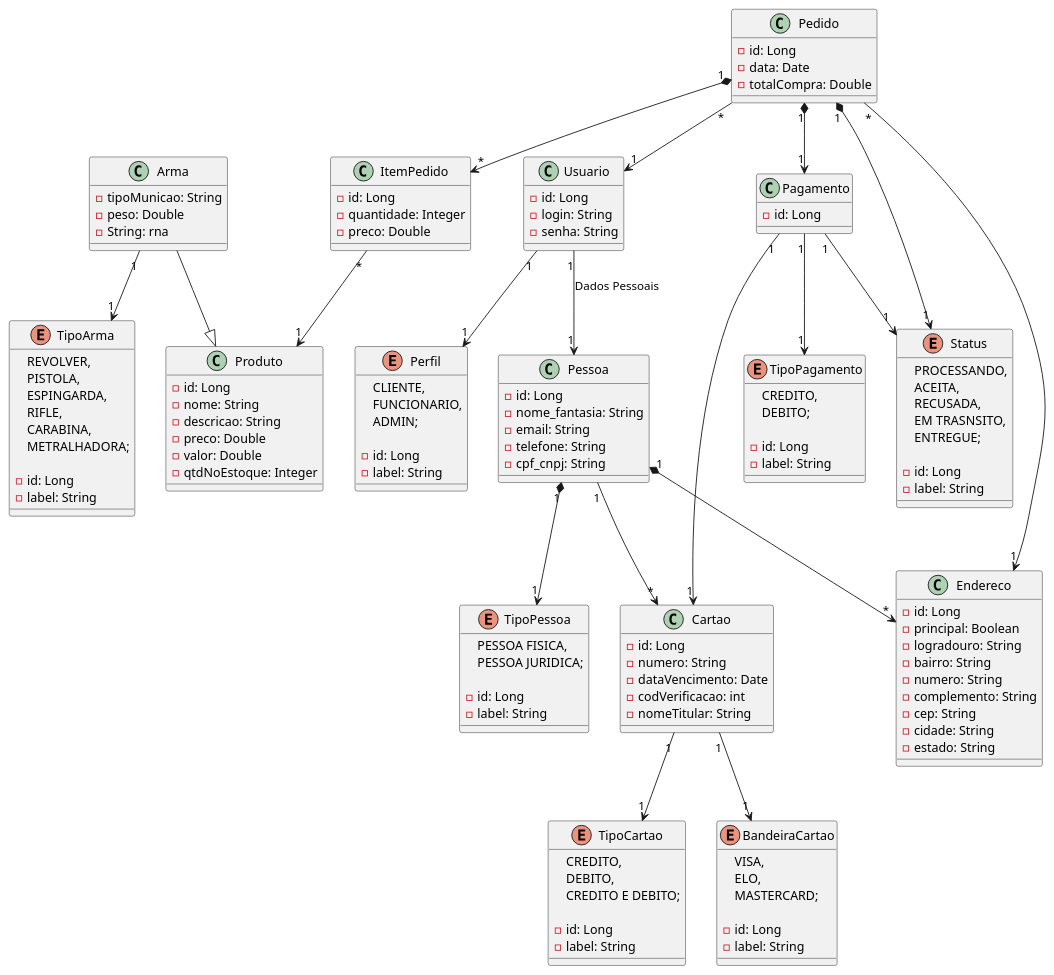
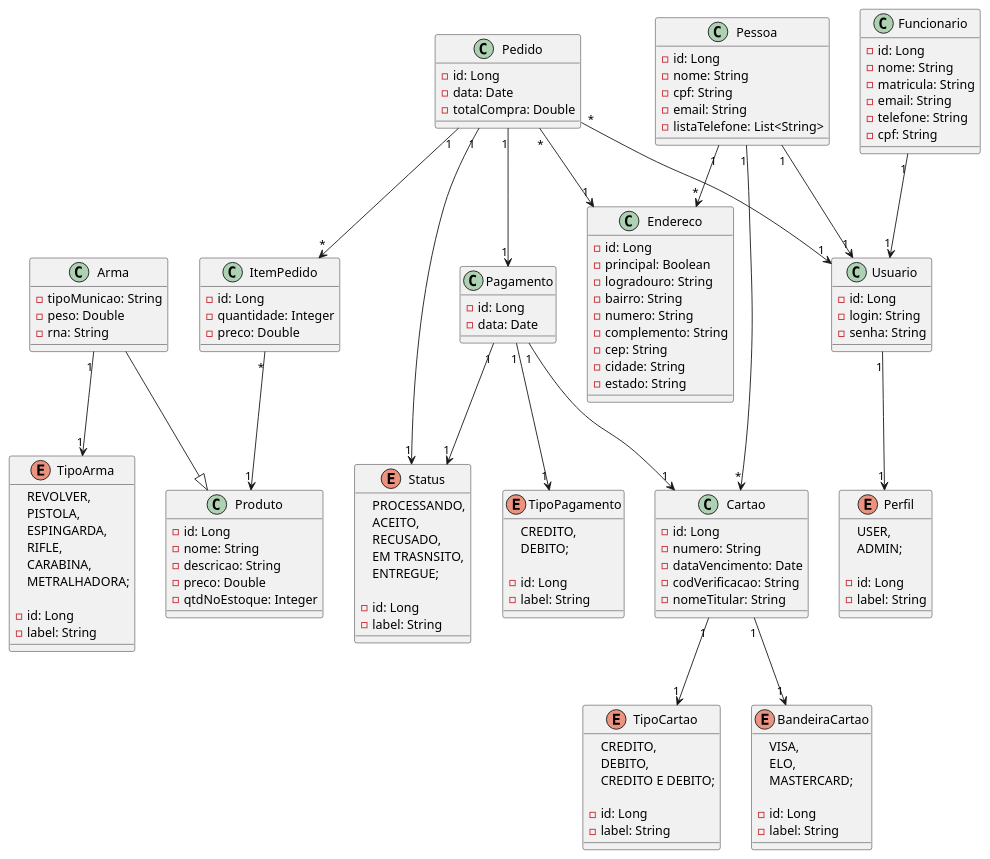
The diagram in src/main/java/unitins/tp1/docs/uml_militropa.plantuml (daniel-ferreira-da-costa/militropa), drawn with PlantUML before and after one commit. The commit also changed 29 other files, not shown here.

```diff
--- a/src/main/java/unitins/tp1/docs/uml_militropa.plantuml
+++ b/src/main/java/unitins/tp1/docs/uml_militropa.plantuml
@@ -1,160 +1,160 @@
 @startuml Tabacaria
 '========Produto========='
 class Produto{
     - id: Long
     - nome: String
     - descricao: String
     - preco: Double
-    - valor: Double
     - qtdNoEstoque: Integer
 }
 
 class Arma{
     - tipoMunicao: String
     - peso: Double
-    - String: rna
+    - rna: String
 }
 
 enum TipoArma{
     REVOLVER,
     PISTOLA,
     ESPINGARDA,
     RIFLE,
     CARABINA,
     METRALHADORA;
 
     - id: Long
     - label: String
 }
 
 '========Usuario========='
 class Usuario{
     - id: Long
     - login: String
     - senha: String
 }
 
 enum Perfil{
-    CLIENTE,
-    FUNCIONARIO, 
+    USER, 
     ADMIN;
 
     - id: Long
     - label: String
 }
 
+class Funcionario{
+    - id: Long
+    - nome: String
+    - matricula: String
+    - email: String
+    - telefone: String
+    - cpf: String
+}
+
 class Pessoa{
     - id: Long
-    - nome_fantasia: String
+    - nome: String
+    - cpf: String
     - email: String
-    - telefone: String
-    - cpf_cnpj: String
-}
-
-enum TipoPessoa{
-    PESSOA FISICA,
-    PESSOA JURIDICA;
-
-    - id: Long
-    - label: String
+    - listaTelefone: List<String>
 }
 '========Venda========='
 class Pedido {
     - id: Long
     - data: Date
     - totalCompra: Double
 }
 
 class ItemPedido {
     - id: Long
     - quantidade: Integer
     - preco: Double
 }
 
 enum Status{
     PROCESSANDO, 
-    ACEITA,
-    RECUSADA,
+    ACEITO,
+    RECUSADO,
     EM TRASNSITO,
     ENTREGUE;
 
     - id: Long
     - label: String
 }
 '========Pagamento========='
 class Pagamento{
     - id: Long
+    - data: Date
 }
 
 class Cartao{
     - id: Long
     - numero: String
     - dataVencimento: Date
-    - codVerificacao: int
+    - codVerificacao: String
     - nomeTitular: String
 }
 
 enum TipoCartao{
     CREDITO, 
     DEBITO, 
     CREDITO E DEBITO;
 
     - id: Long
     - label: String 
 }
 
 enum TipoPagamento {
     CREDITO, 
     DEBITO;
 
     - id: Long
     - label: String 
 }
 
 enum BandeiraCartao {
     VISA,
     ELO,
     MASTERCARD;
 
     - id: Long
     - label: String 
 }
 '========Endereco========='
 class Endereco {
     - id: Long
     - principal: Boolean
     - logradouro: String
     - bairro: String
     - numero: String
     - complemento: String
     - cep: String
     - cidade: String
     - estado: String
 }
 
 '========Relacionamentos========='
 
-Pedido "1" *--> "1" Pagamento
-Pedido "1" *--> "*" ItemPedido
-Pedido "1" *--> "1" Status
+Pedido "1" --> "1" Pagamento
+Pedido "1" --> "*" ItemPedido
+Pedido "1" --> "1" Status
 Pedido "*" --> "1" Usuario
 Pedido "*" --> "1" Endereco
 
 Pagamento "1" --> "1" Status
 Pagamento "1" --> "1" Cartao
 Pagamento "1" --> "1" TipoPagamento
 
 Cartao "1" --> "1" TipoCartao
 Cartao "1" --> "1" BandeiraCartao
 
 ItemPedido "*" --> "1" Produto
 
 Usuario "1" --> "1" Perfil
-Usuario "1" --> "1" Pessoa : "Dados Pessoais"
-Pessoa "1" *--> "*" Endereco
+Pessoa "1" --> "1" Usuario
+Pessoa "1" --> "*" Endereco
 Pessoa "1" --> "*" Cartao
-Pessoa "1" *--> "1" TipoPessoa
+Funcionario "1" --> "1" Usuario
 
 Arma --|> Produto
 Arma "1" --> "1" TipoArma
 @enduml
```
